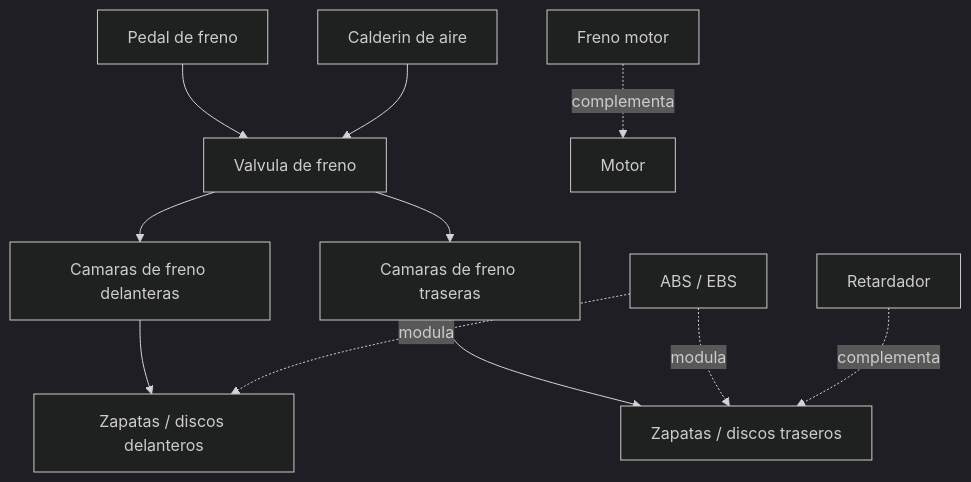
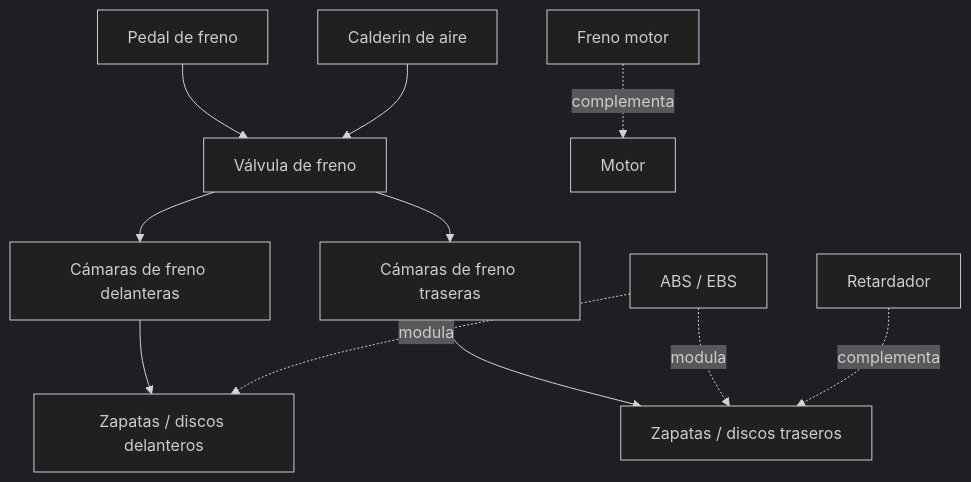
The third of 4 diagrams in vehiculos/buses/operacion/sistemas-mecanicos-bus.md (vladimiracunadev-create/machine-operator-program), drawn with Mermaid (dark theme) before and after one commit. The commit also changed other lines of this file and 442 other files, not shown here.

````diff
--- a/vehiculos/buses/operacion/sistemas-mecanicos-bus.md
+++ b/vehiculos/buses/operacion/sistemas-mecanicos-bus.md
@@ -108,13 +108,13 @@
 ```mermaid
 flowchart TD
-    Pedal[Pedal de freno] --> Valvula[Valvula de freno]
+    Pedal[Pedal de freno] --> Valvula[Válvula de freno]
     Calderin[Calderin de aire] --> Valvula
-    Valvula --> CamaraD[Camaras de freno delanteras]
-    Valvula --> CamaraT[Camaras de freno traseras]
+    Valvula --> CamaraD[Cámaras de freno delanteras]
+    Valvula --> CamaraT[Cámaras de freno traseras]
     CamaraD --> ZapataD[Zapatas / discos delanteros]
     CamaraT --> ZapataT[Zapatas / discos traseros]
     ABS[ABS / EBS] -. modula .-> ZapataD
     ABS -. modula .-> ZapataT
     Retardador[Retardador] -. complementa .-> ZapataT
     FrenoMotor[Freno motor] -. complementa .-> Motor[Motor]
 ```
````
